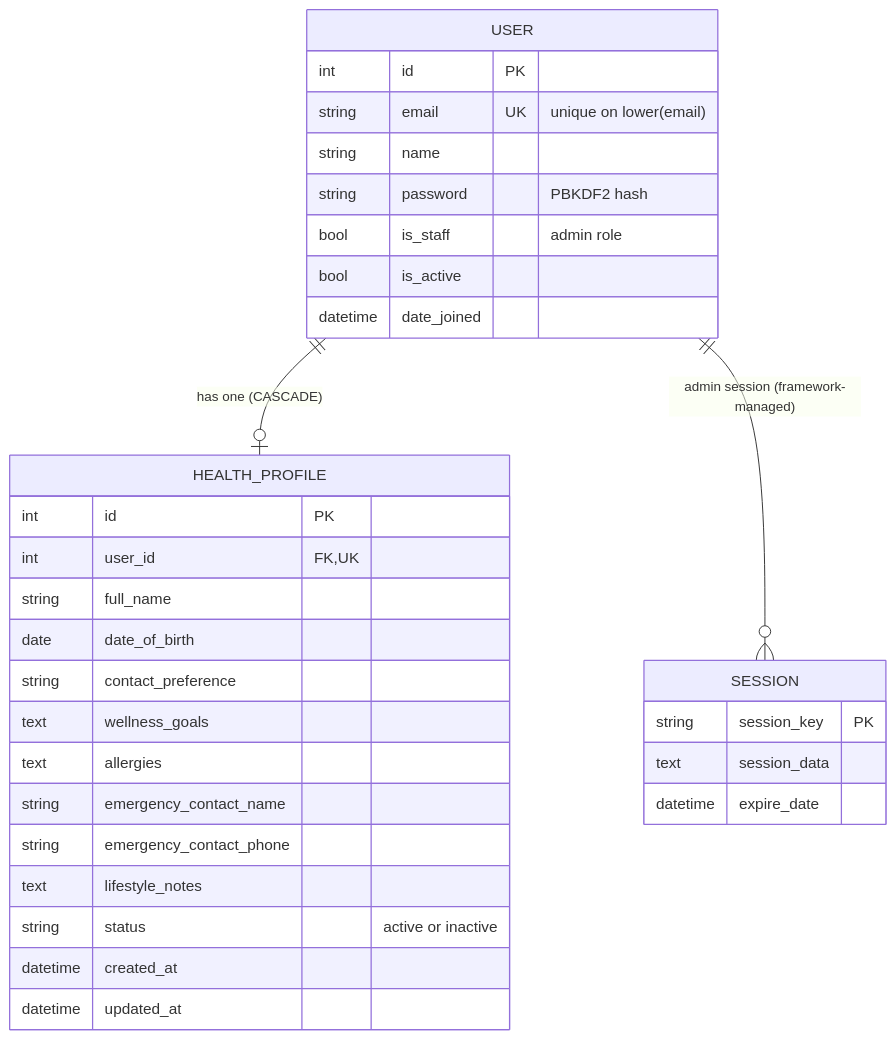
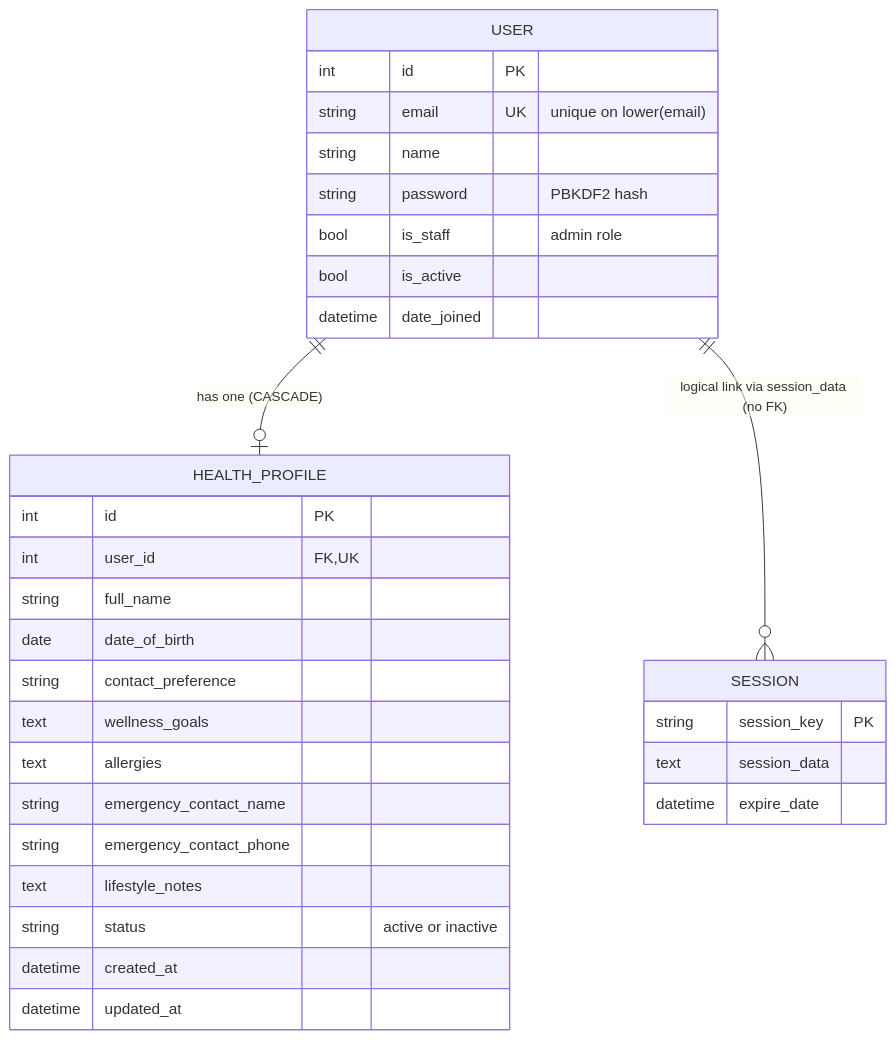
One commit to Mahrukhshariq/healthprofile changed the diagram in docs/er-diagram.md. Above: the diagram before and after it, drawn with Mermaid. The commit also changed 3 other files, not shown here.

````diff
--- a/docs/er-diagram.md
+++ b/docs/er-diagram.md
@@ -1,34 +1,34 @@
 ```mermaid
 erDiagram
     USER ||--o| HEALTH_PROFILE : "has one (CASCADE)"
-    USER ||--o{ SESSION : "admin session (framework-managed)"
+      USER ||--o{ SESSION : "logical link via session_data (no FK)"
     USER {
         int id PK
         string email UK "unique on lower(email)"
         string name
         string password "PBKDF2 hash"
         bool is_staff "admin role"
         bool is_active
         datetime date_joined
     }
     HEALTH_PROFILE {
         int id PK
         int user_id FK,UK
         string full_name
         date date_of_birth
         string contact_preference
         text wellness_goals
         text allergies
         string emergency_contact_name
         string emergency_contact_phone
         text lifestyle_notes
         string status "active or inactive"
         datetime created_at
         datetime updated_at
     }
     SESSION {
         string session_key PK
         text session_data
         datetime expire_date
     }
 ```
````
